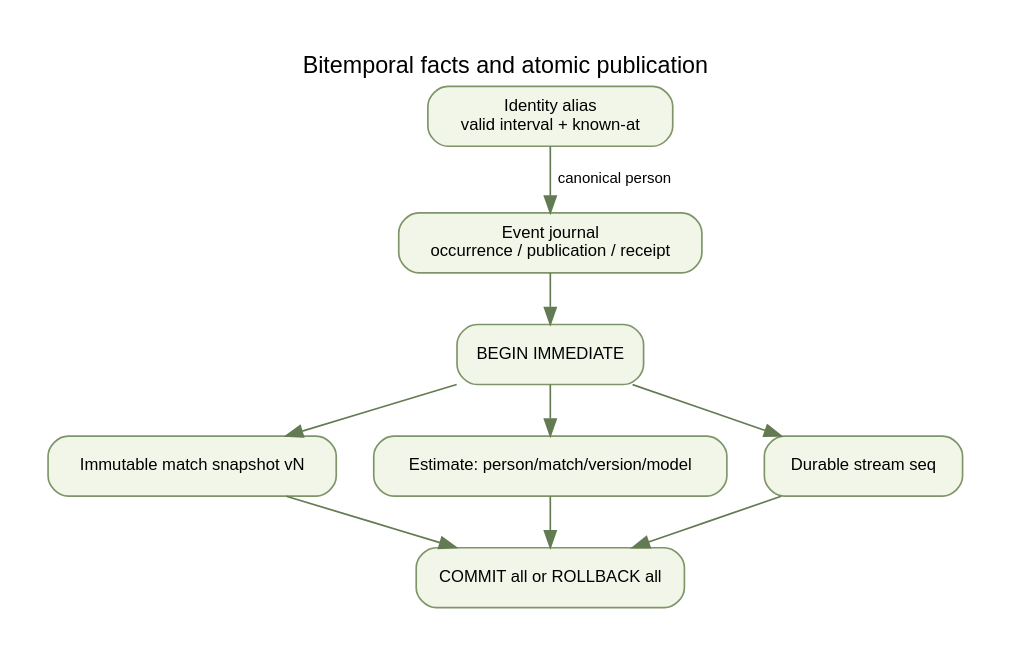
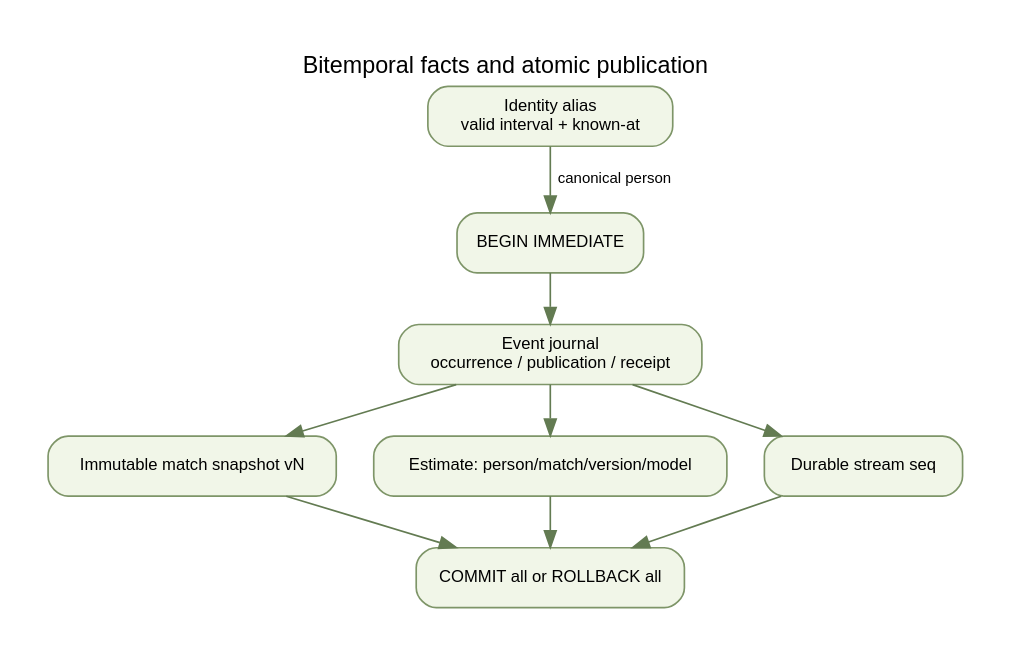
The diagram in docs/diagrams/07-persistence.dot (Aneesh495/matchpulse), drawn with Graphviz before and after one commit. The commit also changed 13 other files, not shown here.

```diff
--- a/docs/diagrams/07-persistence.dot
+++ b/docs/diagrams/07-persistence.dot
@@ -1,3 +1,3 @@
 digraph G { graph [rankdir=TB,bgcolor="white",fontname="Helvetica",label="Bitemporal facts and atomic publication",labelloc=t,pad=0.3,nodesep=0.3,ranksep=0.4]; node [shape=box,style="rounded,filled",fillcolor="#f1f6e8",color="#7e9568",fontname="Helvetica",fontsize=10,margin="0.15,0.1"]; edge [color="#637b52",fontname="Helvetica",fontsize=9]; assertion [label="Identity alias
 valid interval + known-at"]; envelope [label="Event journal
-occurrence / publication / receipt"]; tx [label="BEGIN IMMEDIATE"]; snap [label="Immutable match snapshot vN"]; estimate [label="Estimate: person/match/version/model"]; outbox [label="Durable stream seq"]; commit [label="COMMIT all or ROLLBACK all"]; assertion -> envelope [label="canonical person"]; envelope -> tx -> {snap estimate outbox}; {snap estimate outbox} -> commit; }
+occurrence / publication / receipt"]; tx [label="BEGIN IMMEDIATE"]; snap [label="Immutable match snapshot vN"]; estimate [label="Estimate: person/match/version/model"]; outbox [label="Durable stream seq"]; commit [label="COMMIT all or ROLLBACK all"]; assertion -> tx [label="canonical person"]; tx -> envelope -> {snap estimate outbox}; {snap estimate outbox} -> commit; }
```
